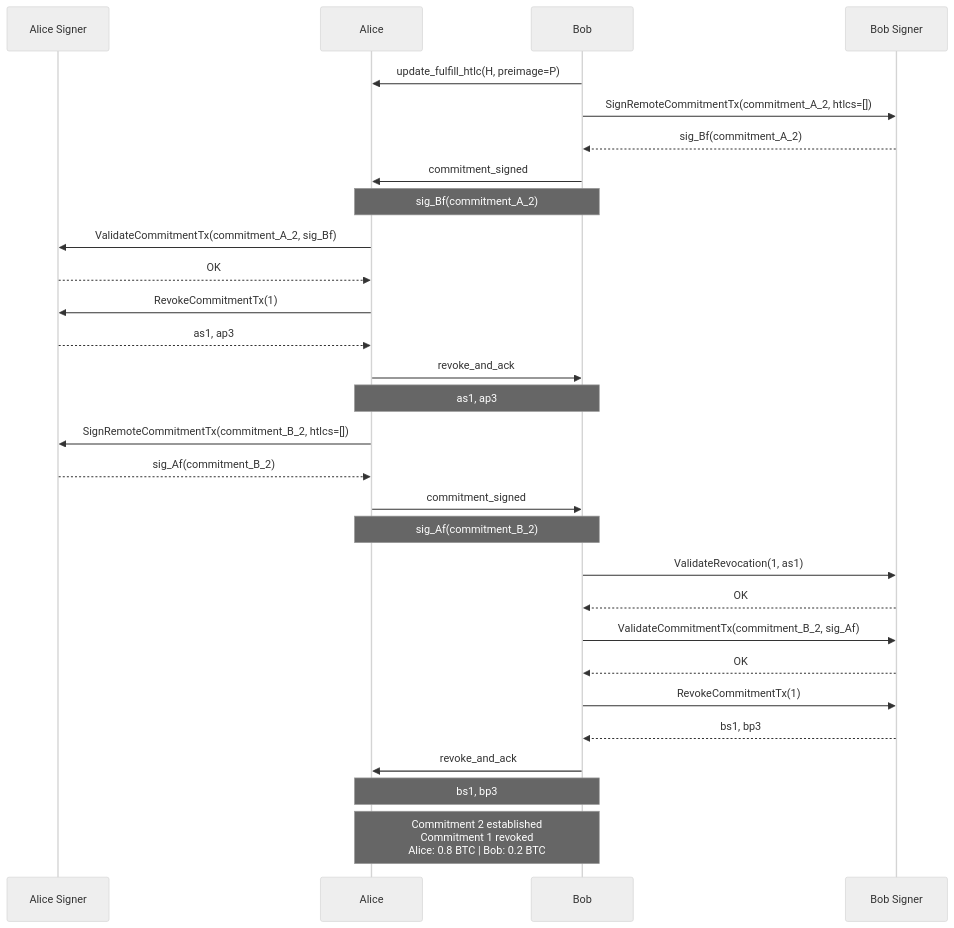
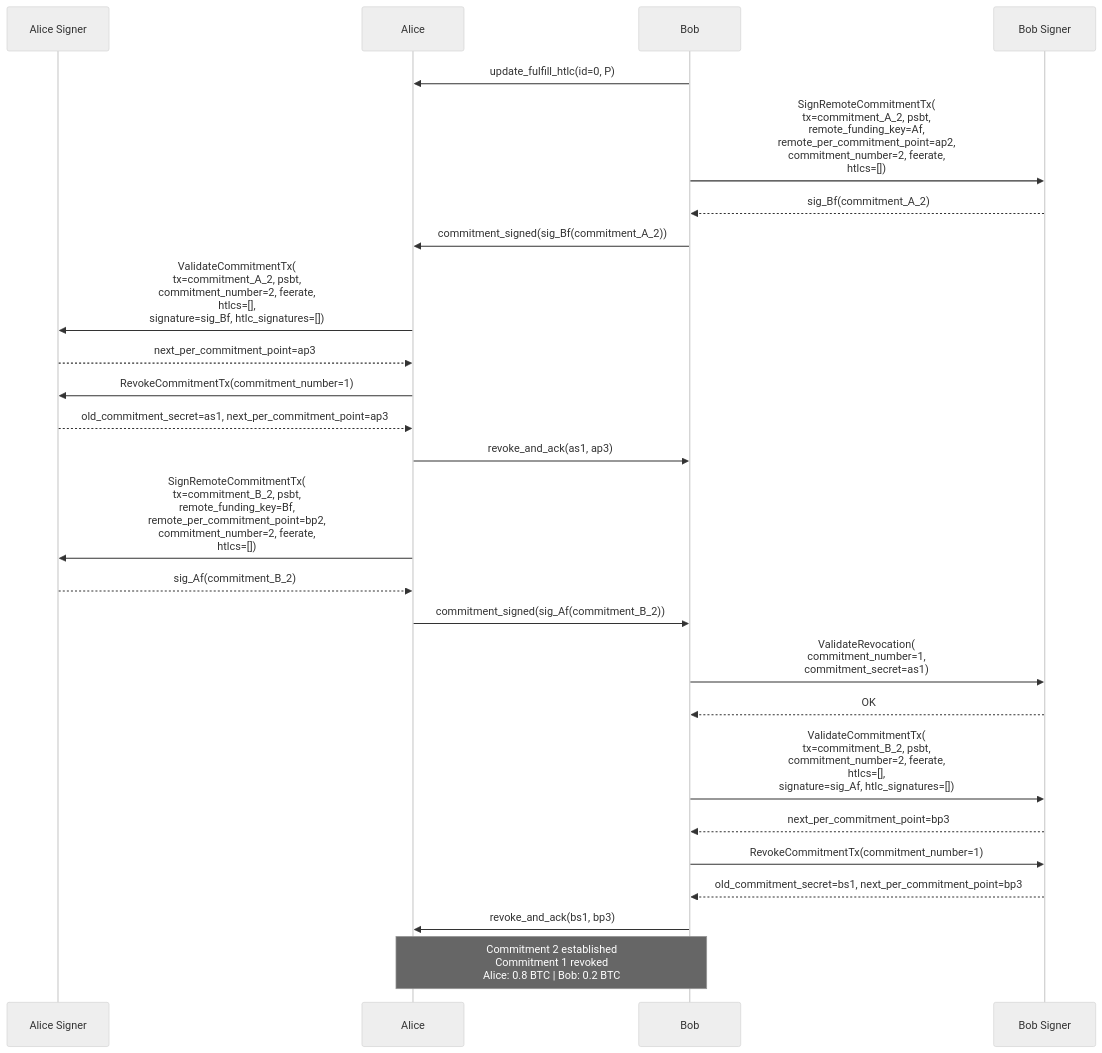
Before and after one commit to dukeh3/vls-arch: the third of 4 diagrams in current/01-alice-pays-bob.md, drawn with Mermaid (neutral theme). The commit also changed other lines of this file and 4 other files, not shown here.

First line of the commit message:
Add challenges doc, inline params in all diagrams, expand redundancy analysis

````diff
--- a/current/01-alice-pays-bob.md
+++ b/current/01-alice-pays-bob.md
@@ -215,44 +265,40 @@
 ```mermaid
 sequenceDiagram
     participant SignerA as Alice Signer
     participant Alice
     participant Bob
     participant SignerB as Bob Signer
 
-    Bob->>Alice: update_fulfill_htlc(H, preimage=P)
+    Bob->>Alice: update_fulfill_htlc(id=0, P)
 
-    Bob->>SignerB: SignRemoteCommitmentTx(commitment_A_2, htlcs=[])
+    Bob->>SignerB: SignRemoteCommitmentTx(<br/>tx=commitment_A_2, psbt,<br/>remote_funding_key=Af,<br/>remote_per_commitment_point=ap2,<br/>commitment_number=2, feerate,<br/>htlcs=[])
     SignerB-->>Bob: sig_Bf(commitment_A_2)
 
-    Bob->>Alice: commitment_signed
-    Note over Alice, Bob: sig_Bf(commitment_A_2)
+    Bob->>Alice: commitment_signed(sig_Bf(commitment_A_2))
 
-    Alice->>SignerA: ValidateCommitmentTx(commitment_A_2, sig_Bf)
-    SignerA-->>Alice: OK
+    Alice->>SignerA: ValidateCommitmentTx(<br/>tx=commitment_A_2, psbt,<br/>commitment_number=2, feerate,<br/>htlcs=[],<br/>signature=sig_Bf, htlc_signatures=[])
+    SignerA-->>Alice: next_per_commitment_point=ap3
 
-    Alice->>SignerA: RevokeCommitmentTx(1)
-    SignerA-->>Alice: as1, ap3
+    Alice->>SignerA: RevokeCommitmentTx(commitment_number=1)
+    SignerA-->>Alice: old_commitment_secret=as1, next_per_commitment_point=ap3
 
-    Alice->>Bob: revoke_and_ack
-    Note over Alice, Bob: as1, ap3
+    Alice->>Bob: revoke_and_ack(as1, ap3)
 
-    Alice->>SignerA: SignRemoteCommitmentTx(commitment_B_2, htlcs=[])
+    Alice->>SignerA: SignRemoteCommitmentTx(<br/>tx=commitment_B_2, psbt,<br/>remote_funding_key=Bf,<br/>remote_per_commitment_point=bp2,<br/>commitment_number=2, feerate,<br/>htlcs=[])
     SignerA-->>Alice: sig_Af(commitment_B_2)
 
-    Alice->>Bob: commitment_signed
-    Note over Alice, Bob: sig_Af(commitment_B_2)
+    Alice->>Bob: commitment_signed(sig_Af(commitment_B_2))
 
-    Bob->>SignerB: ValidateRevocation(1, as1)
+    Bob->>SignerB: ValidateRevocation(<br/>commitment_number=1,<br/>commitment_secret=as1)
     SignerB-->>Bob: OK
 
-    Bob->>SignerB: ValidateCommitmentTx(commitment_B_2, sig_Af)
-    SignerB-->>Bob: OK
+    Bob->>SignerB: ValidateCommitmentTx(<br/>tx=commitment_B_2, psbt,<br/>commitment_number=2, feerate,<br/>htlcs=[],<br/>signature=sig_Af, htlc_signatures=[])
+    SignerB-->>Bob: next_per_commitment_point=bp3
 
-    Bob->>SignerB: RevokeCommitmentTx(1)
-    SignerB-->>Bob: bs1, bp3
+    Bob->>SignerB: RevokeCommitmentTx(commitment_number=1)
+    SignerB-->>Bob: old_commitment_secret=bs1, next_per_commitment_point=bp3
 
-    Bob->>Alice: revoke_and_ack
-    Note over Alice, Bob: bs1, bp3
+    Bob->>Alice: revoke_and_ack(bs1, bp3)
 
     Note over Alice, Bob: Commitment 2 established<br/>Commitment 1 revoked<br/>Alice: 0.8 BTC | Bob: 0.2 BTC
 ```
````
